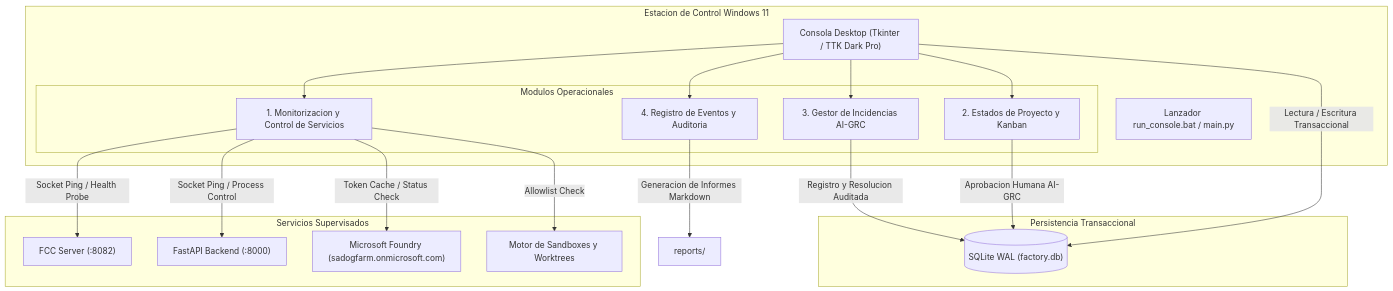
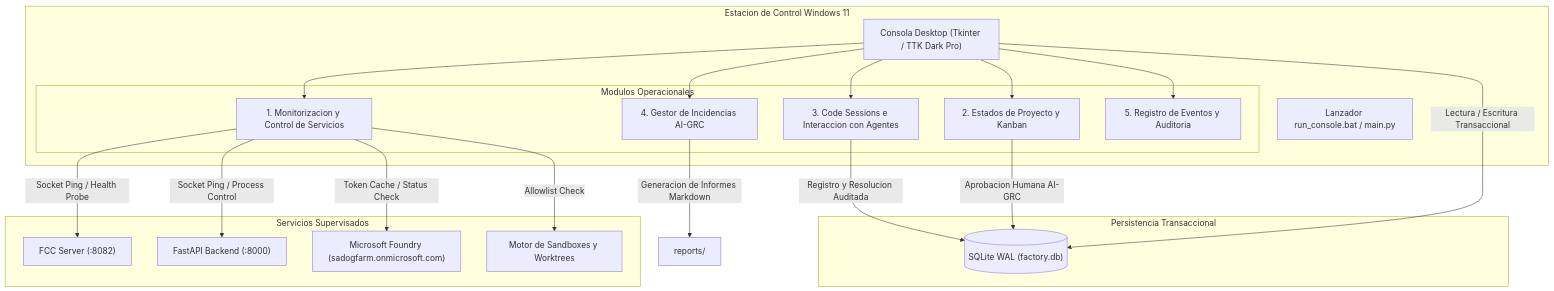
One commit to SADOCKDOG/Console-AI-Dev-Infrastructure changed the first of 3 diagrams in docs/ARQUITECTURA.md. Above: the diagram before and after it, drawn with Mermaid. The commit also changed other lines of this file and 5 other files, not shown here.

Commit message:
docs: actualizar documentacion con capturas de pantalla, pestaña de code sessions y protocolo de validacion

````diff
--- a/docs/ARQUITECTURA.md
+++ b/docs/ARQUITECTURA.md
@@ -7,39 +7,41 @@
 ```mermaid
 graph TD
     subgraph Host_Windows_11["Estacion de Control Windows 11"]
         Launcher["Lanzador run_console.bat / main.py"]
         ConsoleApp["Consola Desktop (Tkinter / TTK Dark Pro)"]
         
         subgraph Modulos_UI["Modulos Operacionales"]
             M1["1. Monitorizacion y Control de Servicios"]
             M2["2. Estados de Proyecto y Kanban"]
-            M3["3. Gestor de Incidencias AI-GRC"]
-            M4["4. Registro de Eventos y Auditoria"]
+            M3["3. Code Sessions e Interaccion con Agentes"]
+            M4["4. Gestor de Incidencias AI-GRC"]
+            M5["5. Registro de Eventos y Auditoria"]
         end
         
         ConsoleApp --> M1
         ConsoleApp --> M2
         ConsoleApp --> M3
         ConsoleApp --> M4
+        ConsoleApp --> M5
     end
 
     subgraph Capa_Persistencia["Persistencia Transaccional"]
         SQLiteDB[("SQLite WAL (factory.db)")]
     end
 
     subgraph Capa_Servicios["Servicios Supervisados"]
         FCC["FCC Server (:8082)"]
         Backend["FastAPI Backend (:8000)"]
         Foundry["Microsoft Foundry (sadogfarm.onmicrosoft.com)"]
         Sandbox["Motor de Sandboxes y Worktrees"]
     end
 
     ConsoleApp -->|Lectura / Escritura Transaccional| SQLiteDB
     M1 -->|Socket Ping / Health Probe| FCC
     M1 -->|Socket Ping / Process Control| Backend
     M1 -->|Token Cache / Status Check| Foundry
     M1 -->|Allowlist Check| Sandbox
     M2 -->|Aprobacion Humana AI-GRC| SQLiteDB
     M3 -->|Registro y Resolucion Auditada| SQLiteDB
     M4 -->|Generacion de Informes Markdown| ReportsDir["reports/"]
 ```
````
